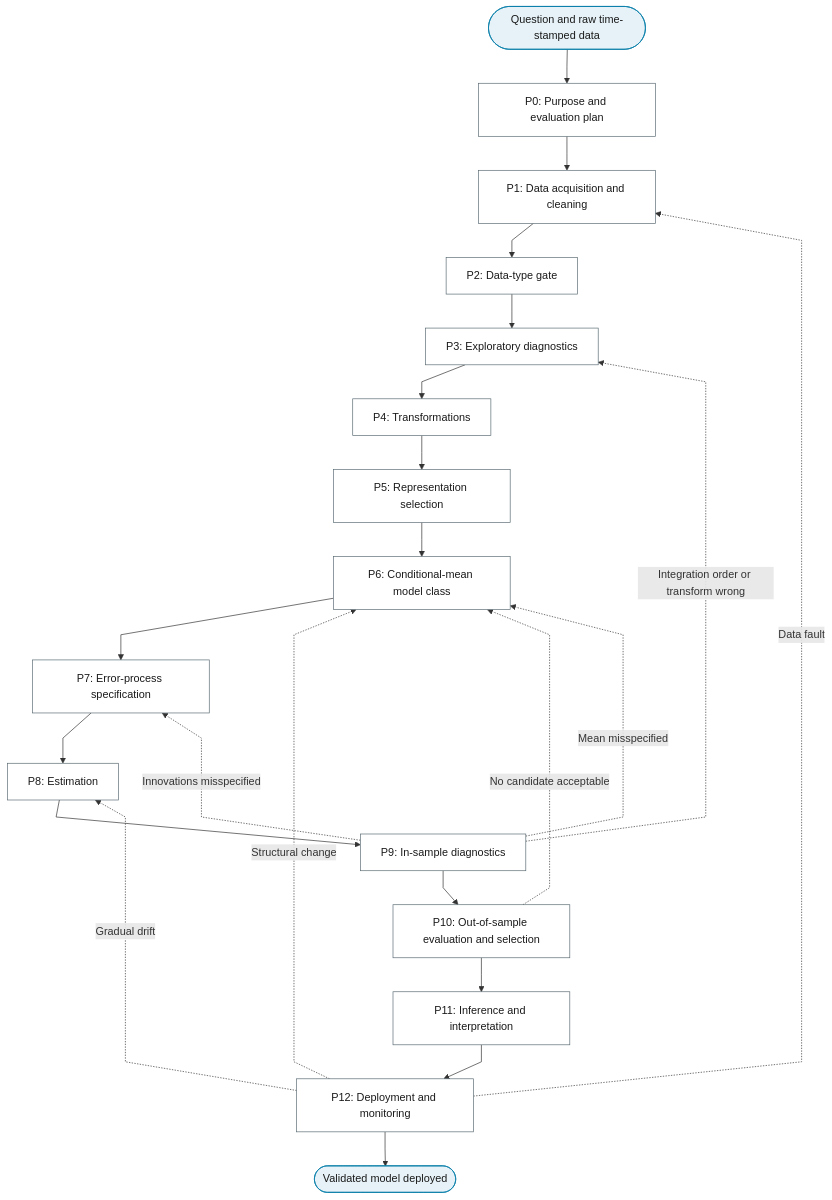
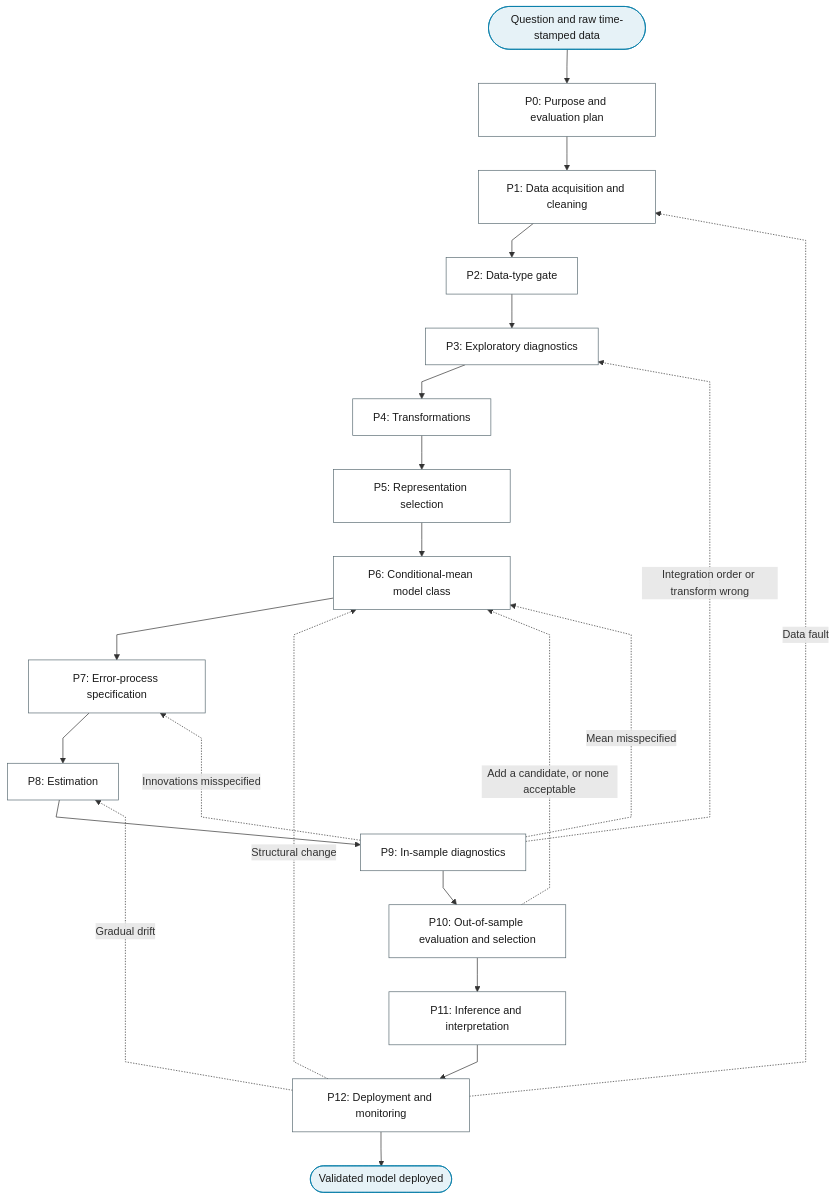
Before and after one commit to Shuxin-Y/time-series-analysis-manual: the diagram in docs/01-workflow/index.md, drawn with Mermaid. The commit also changed other lines of this file and 6 other files, not shown here.

First line of the commit message:
feat(master): why-this-order table; purpose charts keep the spine order

````diff
--- a/docs/01-workflow/index.md
+++ b/docs/01-workflow/index.md
@@ -7,35 +7,35 @@
 ```mermaid
 %%{init: {"flowchart": {"curve": "linear"}}}%%
 graph TD
     MASTER_START(["Question and raw time-stamped data"]) --> P0["P0: Purpose and evaluation plan"]
     P0 --> P1["P1: Data acquisition and cleaning"]
     P1 --> P2["P2: Data-type gate"]
     P2 --> P3["P3: Exploratory diagnostics"]
     P3 --> P4["P4: Transformations"]
     P4 --> P5["P5: Representation selection"]
     P5 --> P6["P6: Conditional-mean model class"]
     P6 --> P7["P7: Error-process specification"]
     P7 --> P8["P8: Estimation"]
     P8 --> P9["P9: In-sample diagnostics"]
     P9 --> P10["P10: Out-of-sample evaluation and selection"]
     P10 --> P11["P11: Inference and interpretation"]
     P11 --> P12["P12: Deployment and monitoring"]
     P9 -.->|"Integration order or transform wrong"| P3
     P9 -.->|"Mean misspecified"| P6
     P9 -.->|"Innovations misspecified"| P7
-    P10 -.->|"No candidate acceptable"| P6
+    P10 -.->|"Add a candidate, or none acceptable"| P6
     P12 -.->|"Data fault"| P1
     P12 -.->|"Structural change"| P6
     P12 -.->|"Gradual drift"| P8
     P12 --> MASTER_END(["Validated model deployed"])
     class MASTER_START,MASTER_END terminator
     class P0,P1,P2,P3,P4,P5,P6,P7,P8,P9,P10,P11,P12 process
     classDef terminator fill:#E6F2F7,stroke:#007BA7,color:#1A1A1A;
     classDef process fill:#FFFFFF,stroke:#5A6B73,color:#1A1A1A;
     classDef decision fill:#EFE7F0,stroke:#9B7FA7,color:#1A1A1A;
     classDef data fill:#FFF4E0,stroke:#C9A55E,color:#1A1A1A;
     classDef good fill:#DCEFD8,stroke:#4A7A3F,color:#1A1A1A;
     classDef escalate fill:#FFE9C2,stroke:#C9A55E,color:#1A1A1A;
     classDef problem fill:#F2D9DE,stroke:#800020,color:#1A1A1A;
     classDef ref fill:#F7F7F7,stroke:#5A6B73,color:#1A1A1A,stroke-dasharray:4 3;
 ```
````
